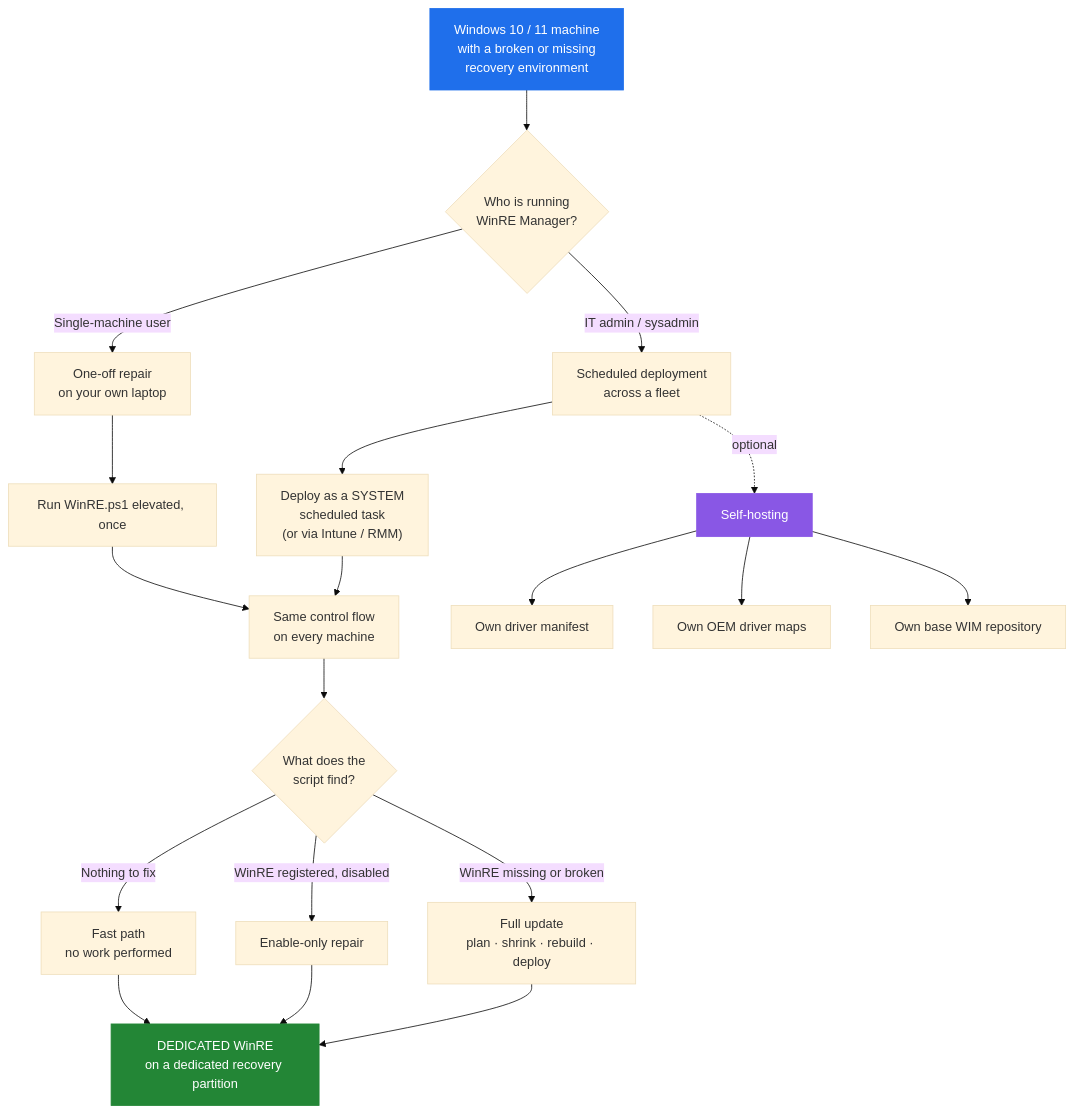
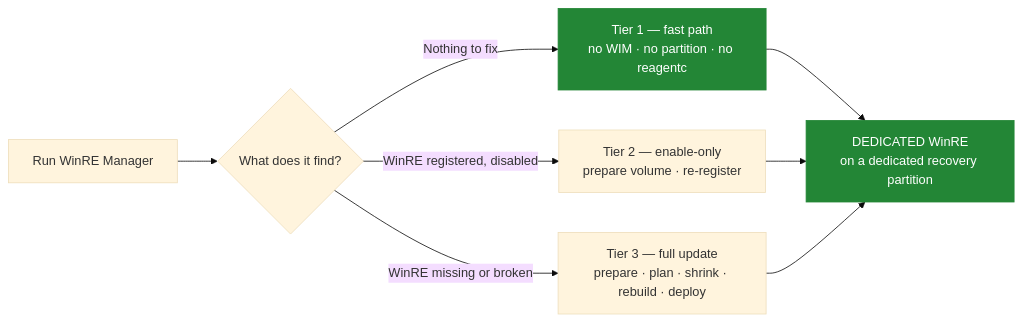
The diagram in README.md (ArthurJDurand/WinRE-Manager), drawn with Mermaid (base theme) before and after one commit. The commit also changed other lines of this file and 3 other files, not shown here.

Commit message:
Update WinRE-Manager

````diff
--- a/README.md
+++ b/README.md
@@ -117,33 +108,13 @@
 ```mermaid
-flowchart TD
-    Start["Windows 10 / 11 machine<br/>with a broken or missing<br/>recovery environment"]
+flowchart LR
+    Start["Run WinRE Manager"] --> Check{"What does it find?"}
+    Check -->|"Nothing to fix"| Fast["Tier 1 — fast path<br/>no WIM · no partition · no reagentc"]
+    Check -->|"WinRE registered, disabled"| Enable["Tier 2 — enable-only<br/>prepare volume · re-register"]
+    Check -->|"WinRE missing or broken"| Full["Tier 3 — full update<br/>prepare · plan · shrink · rebuild · deploy"]
+    Fast --> End["DEDICATED WinRE<br/>on a dedicated recovery partition"]
+    Enable --> End
+    Full --> End
 
-    Start --> Who{"Who is running<br/>WinRE Manager?"}
-
-    Who -->|"Single-machine user"| Single["One-off repair<br/>on your own laptop"]
-    Who -->|"IT admin / sysadmin"| Fleet["Scheduled deployment<br/>across a fleet"]
-
-    Single --> RunOne["Run WinRE.ps1 elevated, once"]
-    Fleet --> RunFleet["Deploy as a SYSTEM<br/>scheduled task<br/>(or via Intune / RMM)"]
-
-    RunOne --> Flow["Same control flow<br/>on every machine"]
-    RunFleet --> Flow
-
-    Flow --> Fast{"What does the<br/>script find?"}
-    Fast -->|"Nothing to fix"| FP["Fast path<br/>no work performed"]
-    Fast -->|"WinRE registered, disabled"| EO["Enable-only repair"]
-    Fast -->|"WinRE missing or broken"| FU["Full update<br/>plan · shrink · rebuild · deploy"]
-
-    FP --> End["DEDICATED WinRE<br/>on a dedicated recovery partition"]
-    EO --> End
-    FU --> End
-
-    Fleet -.->|"optional"| SH["Self-hosting"]
-    SH --> SH1["Own driver manifest"]
-    SH --> SH2["Own OEM driver maps"]
-    SH --> SH3["Own base WIM repository"]
-
-    style Start fill:#1f6feb,stroke:#1f6feb,color:#fff
+    style Fast fill:#238636,stroke:#238636,color:#fff
     style End fill:#238636,stroke:#238636,color:#fff
-    style SH fill:#8957e5,stroke:#8957e5,color:#fff
 ```
````
